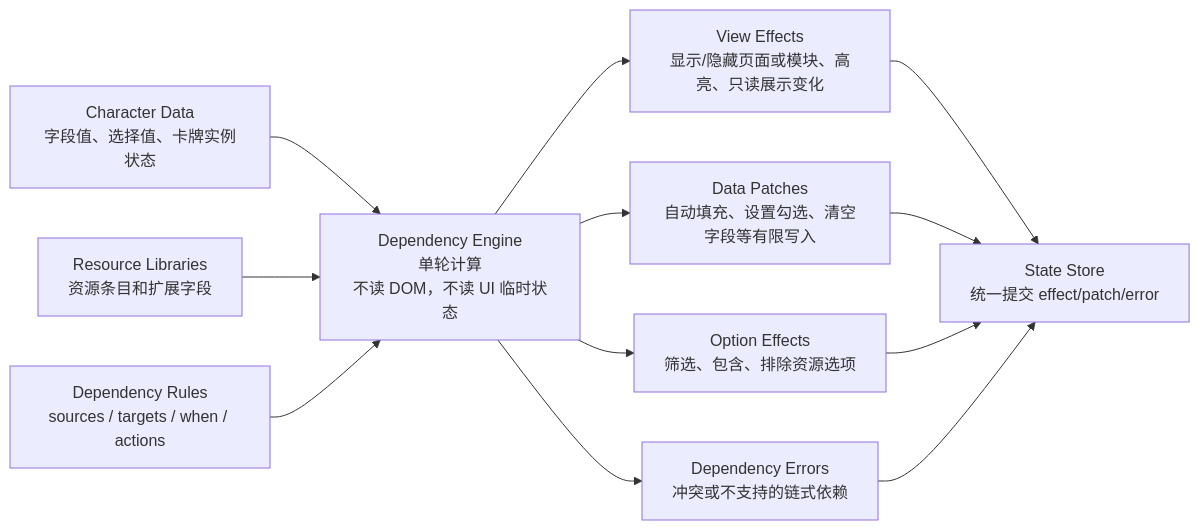
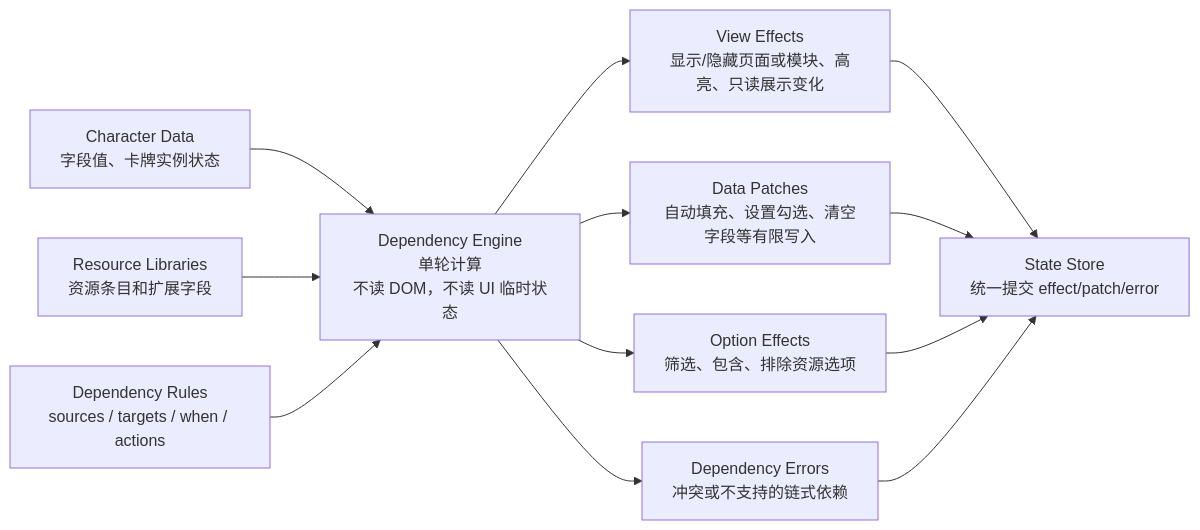
Before and after one commit to ZZZZzzzzac/PbDH_Sheet: the fourth of 6 diagrams in docs/c4.md, drawn with Mermaid. The commit also changed other lines of this file and 41 other files, not shown here.

````diff
--- a/docs/c4.md
+++ b/docs/c4.md
@@ -137,24 +137,24 @@
 ```mermaid
 flowchart LR
-  character["Character Data<br/>字段值、选择值、卡牌实例状态"]
+  character["Character Data<br/>字段值、卡牌实例状态"]
   resources["Resource Libraries<br/>资源条目和扩展字段"]
   rules["Dependency Rules<br/>sources / targets / when / actions"]
   engine["Dependency Engine<br/>单轮计算<br/>不读 DOM，不读 UI 临时状态"]
   view["View Effects<br/>显示/隐藏页面或模块、高亮、只读展示变化"]
   patch["Data Patches<br/>自动填充、设置勾选、清空字段等有限写入"]
   options["Option Effects<br/>筛选、包含、排除资源选项"]
   errors["Dependency Errors<br/>冲突或不支持的链式依赖"]
   store["State Store<br/>统一提交 effect/patch/error"]
 
   character --> engine
   resources --> engine
   rules --> engine
   engine --> view
   engine --> patch
   engine --> options
   engine --> errors
   view --> store
   patch --> store
   options --> store
   errors --> store
 ```
````
